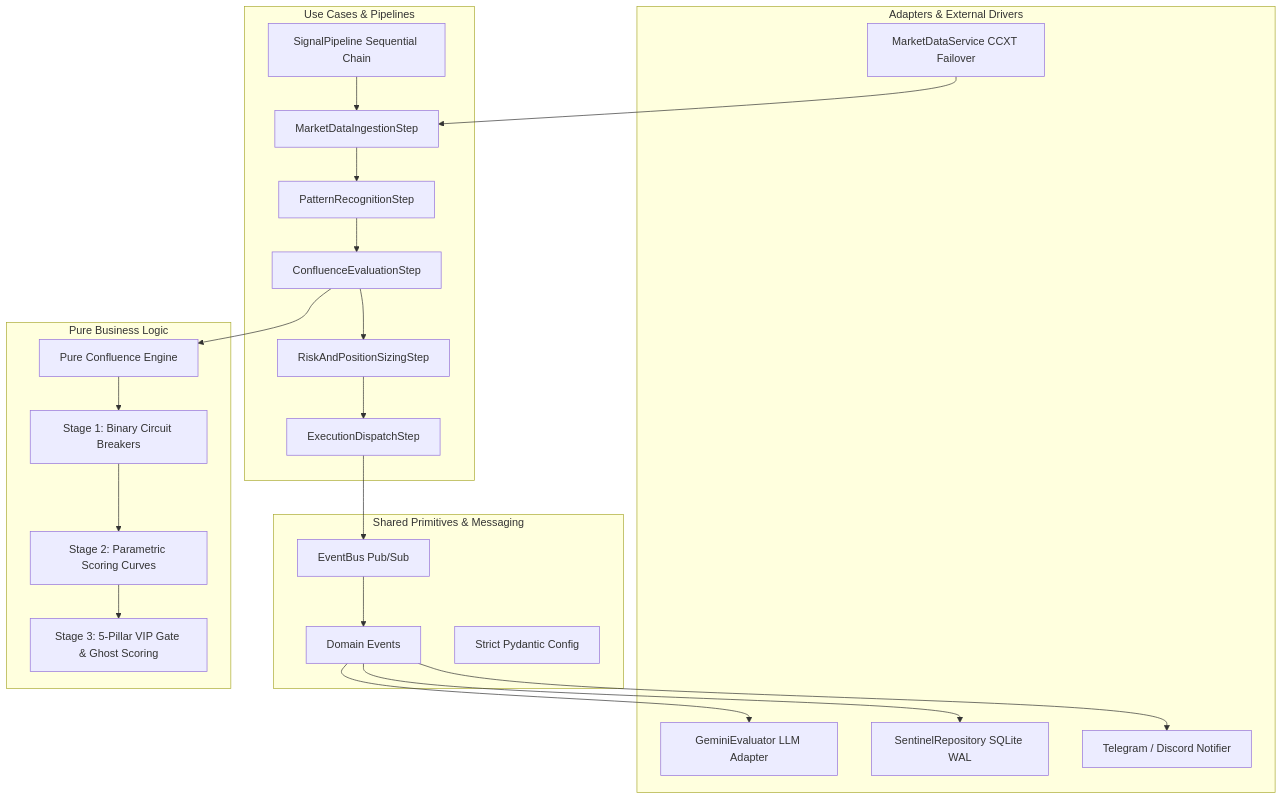
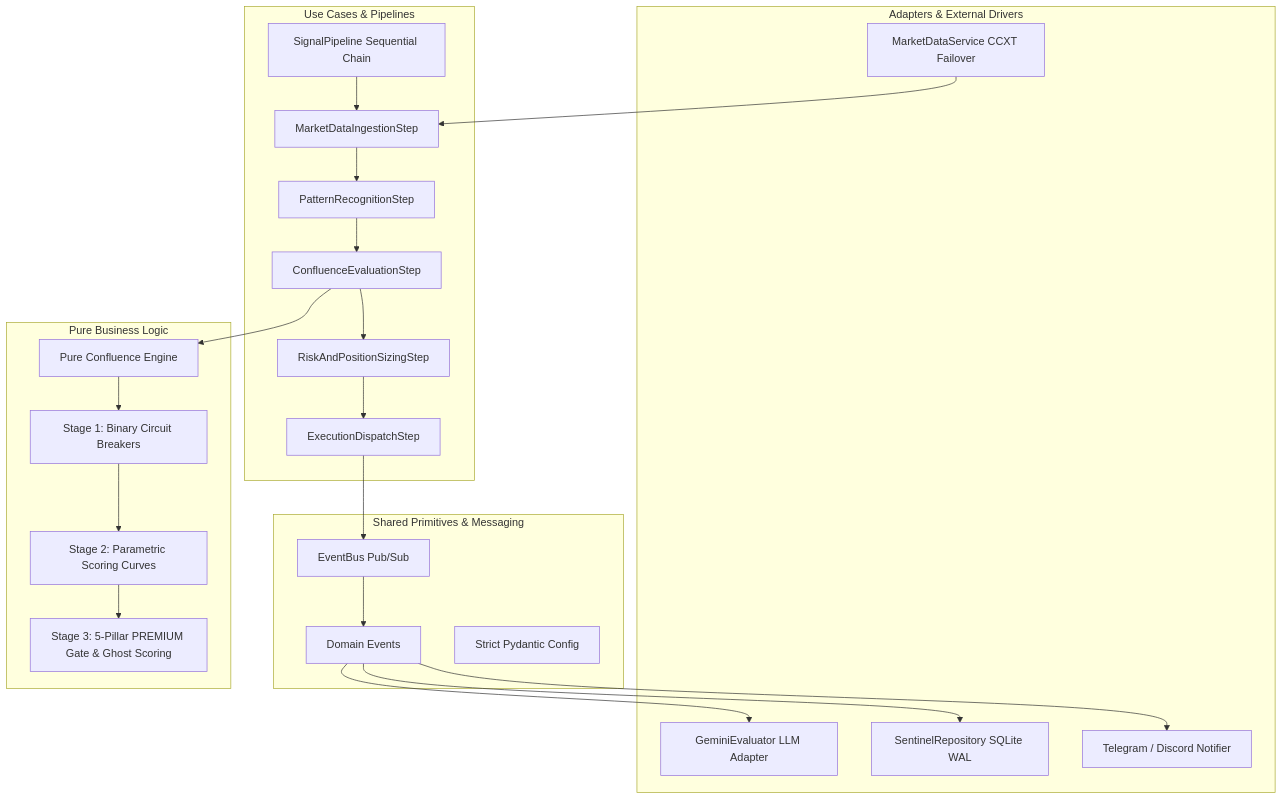
Before and after one commit to pravinkannan/CryptoSentinel: the diagram in docs/01_system_architecture.md, drawn with Mermaid. The commit also changed 19 other files, not shown here.

Commit message:
refactor: transition VIP tier nomenclature to PREMIUM across entire project

````diff
--- a/docs/01_system_architecture.md
+++ b/docs/01_system_architecture.md
@@ -11,41 +11,41 @@
 ```mermaid
 graph TD
     subgraph Infrastructure [Adapters & External Drivers]
         CCXT[MarketDataService CCXT Failover]
         LLM[GeminiEvaluator LLM Adapter]
         REPO[SentinelRepository SQLite WAL]
         NOTIF[Telegram / Discord Notifier]
     end
 
     subgraph Core [Shared Primitives & Messaging]
         BUS[EventBus Pub/Sub]
         EVENTS[Domain Events]
         CFG[Strict Pydantic Config]
     end
 
     subgraph Application [Use Cases & Pipelines]
         PIPE[SignalPipeline Sequential Chain]
         STEP1[MarketDataIngestionStep]
         STEP2[PatternRecognitionStep]
         STEP3[ConfluenceEvaluationStep]
         STEP4[RiskAndPositionSizingStep]
         STEP5[ExecutionDispatchStep]
     end
 
     subgraph Domain [Pure Business Logic]
         MATH[Pure Confluence Engine]
         STAGE1[Stage 1: Binary Circuit Breakers]
         STAGE2[Stage 2: Parametric Scoring Curves]
-        STAGE3[Stage 3: 5-Pillar VIP Gate & Ghost Scoring]
+        STAGE3[Stage 3: 5-Pillar PREMIUM Gate & Ghost Scoring]
     end
 
     CCXT --> STEP1
     PIPE --> STEP1 --> STEP2 --> STEP3 --> STEP4 --> STEP5
     STEP3 --> MATH
     MATH --> STAGE1 --> STAGE2 --> STAGE3
     STEP5 --> BUS
     BUS --> EVENTS
     EVENTS --> REPO
     EVENTS --> NOTIF
     EVENTS --> LLM
 ```
````
